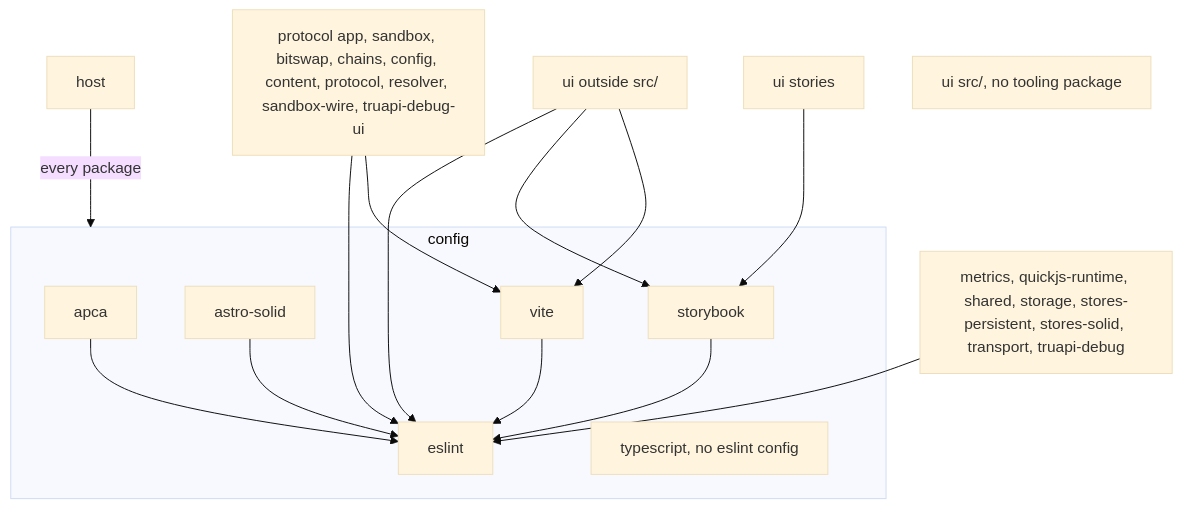
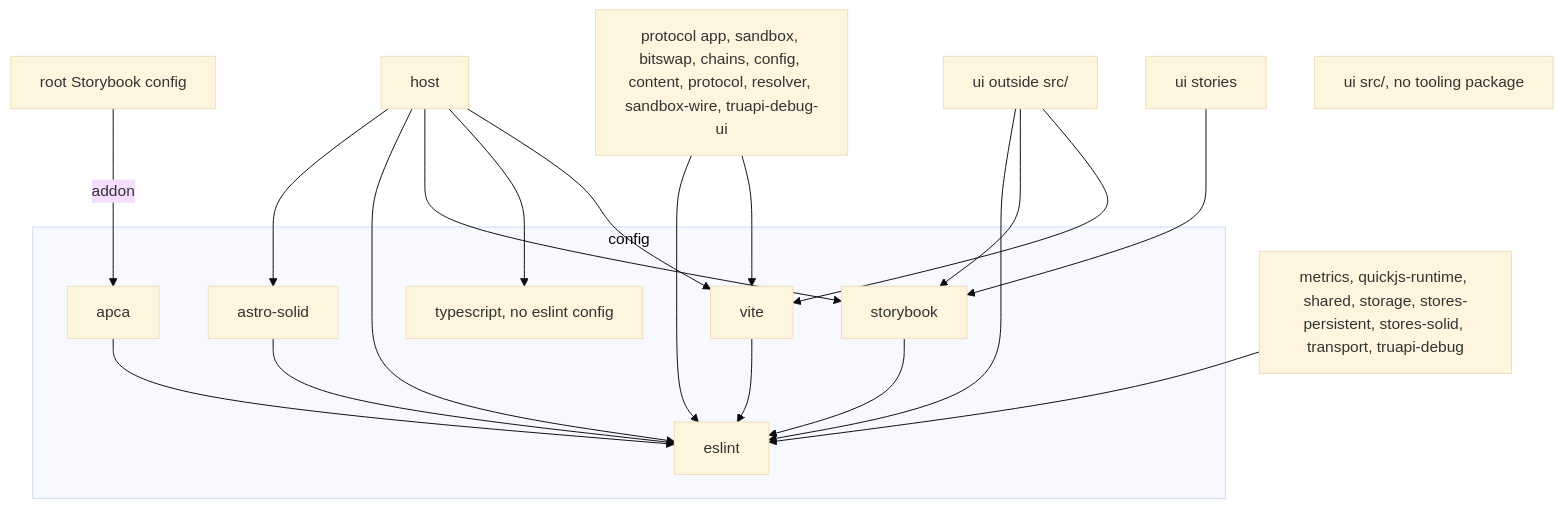
One commit to paritytech/dotli-community changed the second of 2 diagrams in docs/code/placement.md. Above: the diagram before and after it, drawn with Mermaid (base theme). The commit also changed 7 other files, not shown here.

First line of the commit message:
fix(config): take axe-core as a peer of @config/apca

````diff
--- a/docs/code/placement.md
+++ b/docs/code/placement.md
@@ -75,23 +75,25 @@
 ```mermaid
 flowchart TD
   host[host]
+  storybookConfig[root Storybook config]
   viteUsers["protocol app, sandbox, bitswap, chains, config, content, protocol, resolver, sandbox-wire, truapi-debug-ui"]
   eslintOnly["metrics, quickjs-runtime, shared, storage, stores-persistent, stores-solid, transport, truapi-debug"]
   uiRest["ui outside src/"]
   uiStories[ui stories]
   uiSrc["ui src/, no tooling package"]
   subgraph tooling [config]
     apca[apca]
     astroSolid[astro-solid]
     eslint[eslint]
     storybook[storybook]
     typescript["typescript, no eslint config"]
     vite[vite]
   end
-  host -->|every package| tooling
+  host --> astroSolid & eslint & storybook & typescript & vite
+  storybookConfig -->|addon| apca
   viteUsers --> eslint & vite
   eslintOnly --> eslint
   uiRest --> eslint & storybook & vite
   uiStories --> storybook
   apca & astroSolid & storybook & vite --> eslint
 ```
````
